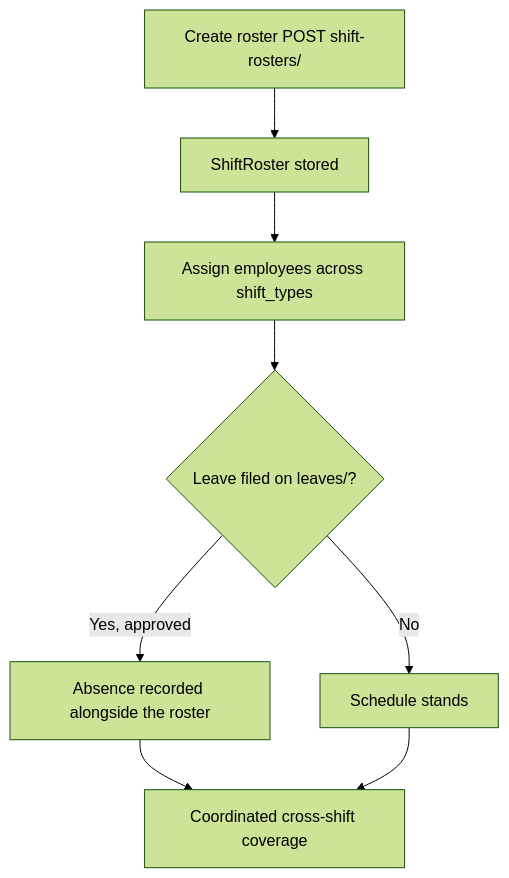
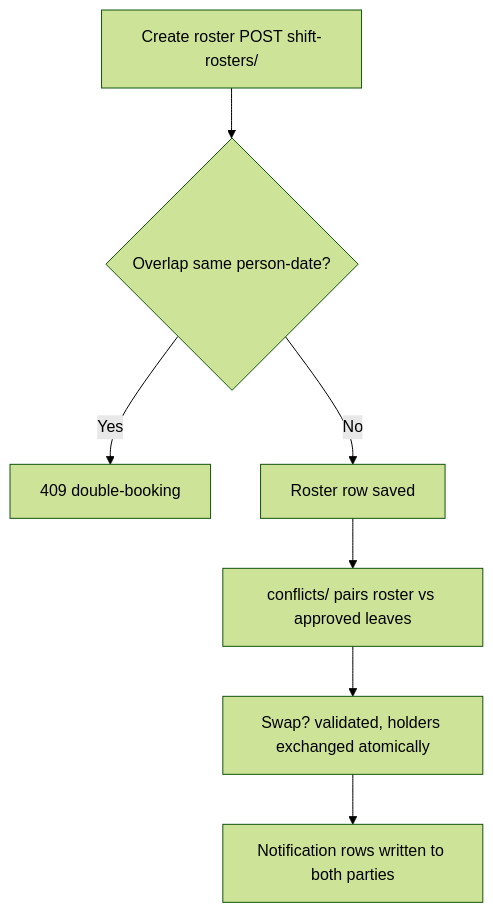
The third of 5 diagrams in docs/chapter3/CHAPTER3.md (kc4el/kumon-ems-), drawn with Mermaid (forest theme) before and after one commit. The commit also changed other lines of this file and 9 other files, not shown here.

Commit message:
docs: add Chapter 3 documentation on research design, system architecture, and project setup files

````diff
--- a/docs/chapter3/CHAPTER3.md
+++ b/docs/chapter3/CHAPTER3.md
@@ -95,10 +104,9 @@
 ```mermaid
 flowchart TD
-    A[Create roster POST shift-rosters/] --> B[ShiftRoster stored]
-    B --> C[Assign employees across shift_types]
-    C --> D{Leave filed on leaves/?}
-    D -- Yes, approved --> E[Absence recorded alongside the roster]
-    D -- No --> F[Schedule stands]
-    E --> G[Coordinated cross-shift coverage]
-    F --> G
+    A[Create roster POST shift-rosters/] --> B{Overlap same person-date?}
+    B -- Yes --> C[409 double-booking]
+    B -- No --> D[Roster row saved]
+    D --> E[conflicts/ pairs roster vs approved leaves]
+    E --> F[Swap? validated, holders exchanged atomically]
+    F --> G[Notification rows written to both parties]
 ```
````
